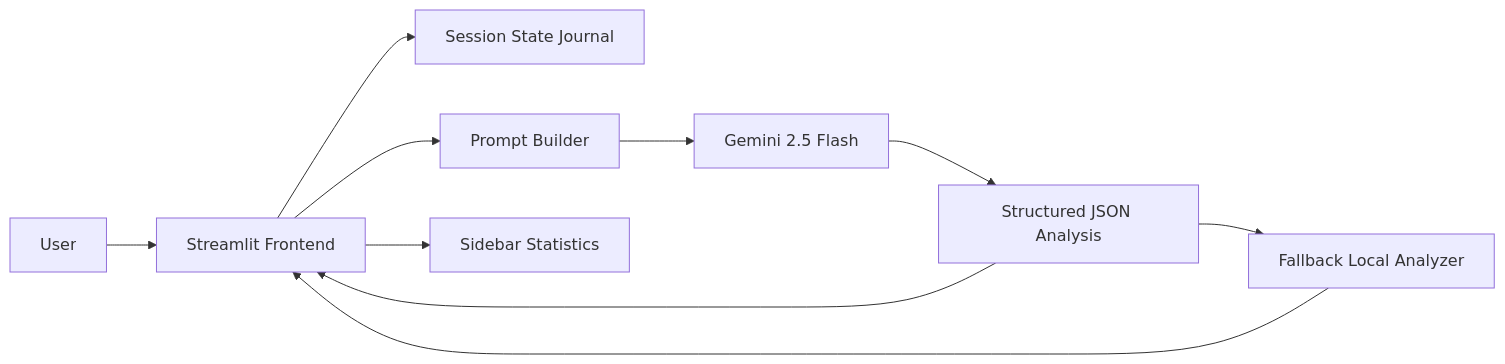
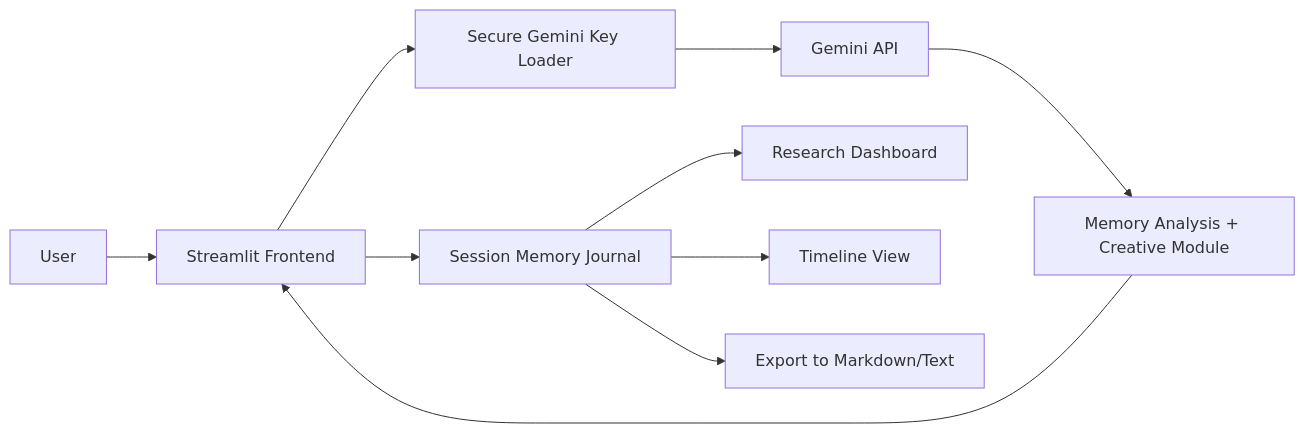
One commit to Nub-programmer/memoryspark-ai changed the diagram in README.md. Above: the diagram before and after it, drawn with Mermaid. The commit also changed other lines of this file and 2 other files, not shown here.

````diff
--- a/README.md
+++ b/README.md
@@ -59,12 +58,12 @@
 ```mermaid
 flowchart LR
 	U[User] --> UI[Streamlit Frontend]
-	UI --> S[Session State Journal]
-	UI --> P[Prompt Builder]
-	P --> G[Gemini 2.5 Flash]
-	G --> J[Structured JSON Analysis]
-	J --> UI
-	UI --> ST[Sidebar Statistics]
-	J --> F[Fallback Local Analyzer]
-	F --> UI
+	UI --> K[Secure Gemini Key Loader]
+	K --> G[Gemini API]
+	UI --> J[Session Memory Journal]
+	J --> D[Research Dashboard]
+	J --> T[Timeline View]
+	J --> X[Export to Markdown/Text]
+	G --> A[Memory Analysis + Creative Module]
+	A --> UI
 ```
````
